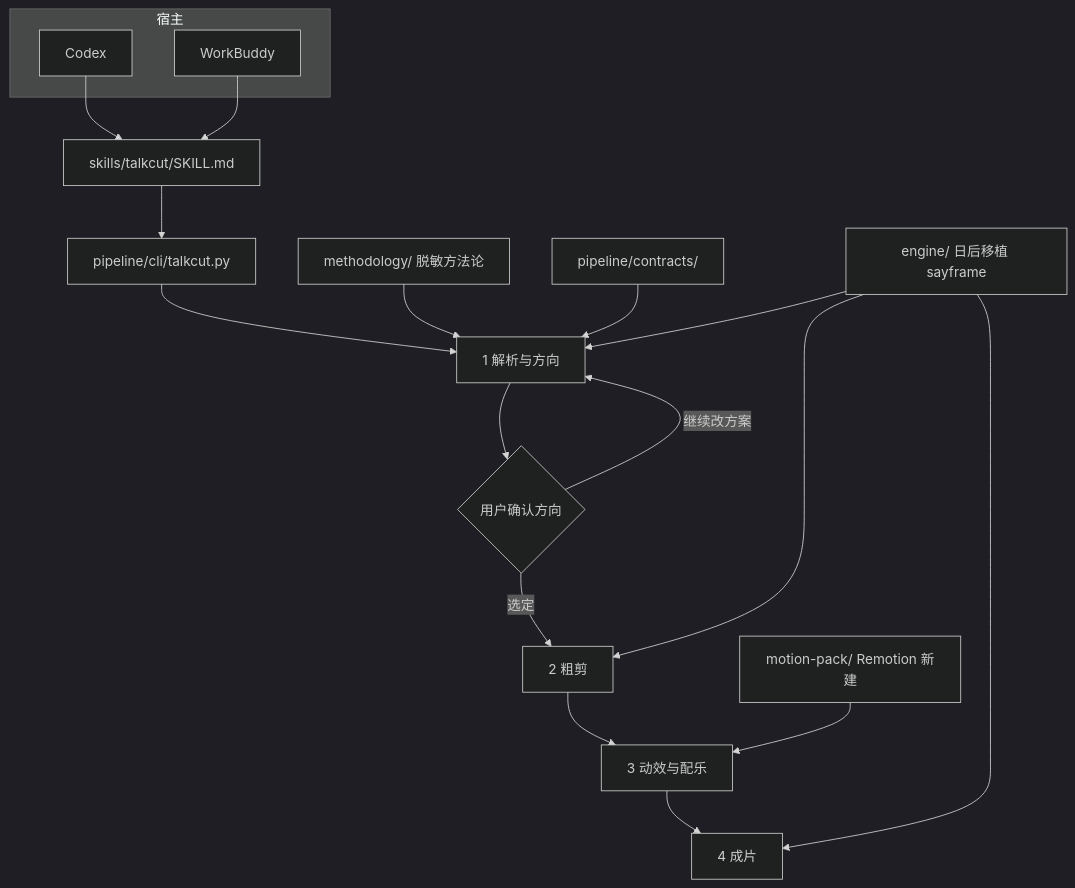
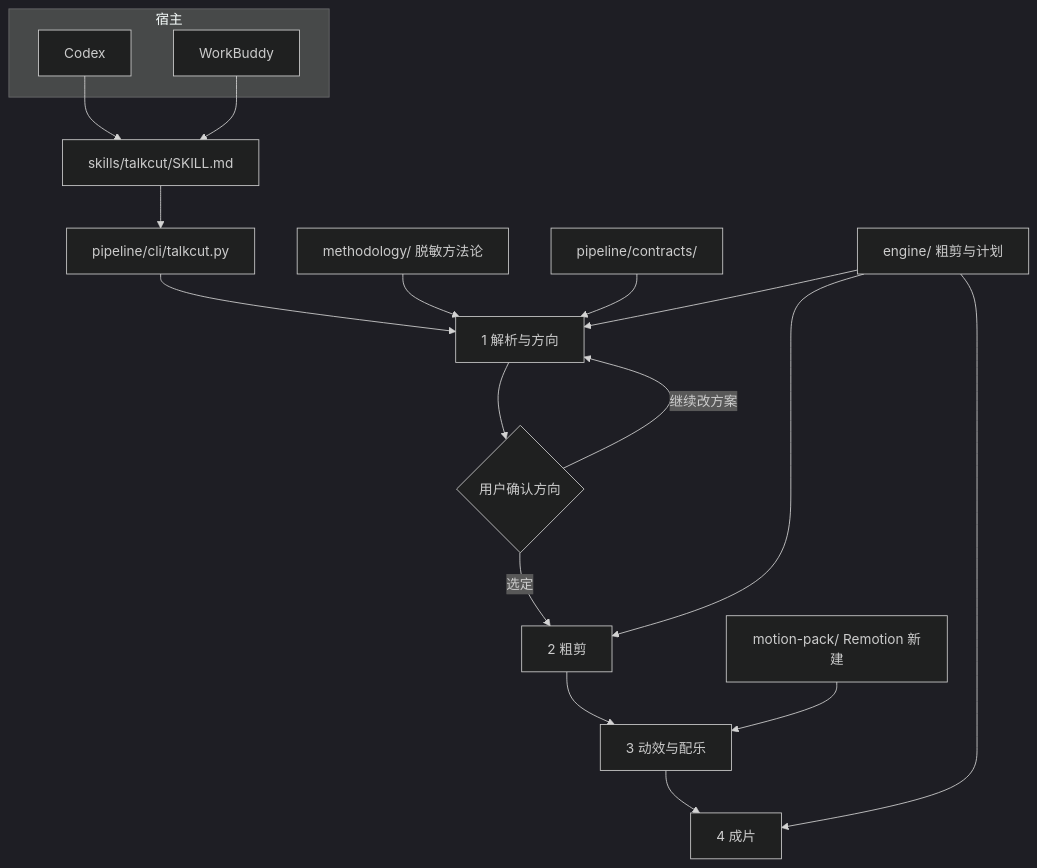
Before and after one commit to msaysay/talkcut: the diagram in docs/ARCHITECTURE.md, drawn with Mermaid (dark theme). The commit also changed other lines of this file and 16 other files, not shown here.

````diff
--- a/docs/ARCHITECTURE.md
+++ b/docs/ARCHITECTURE.md
@@ -7,27 +7,27 @@
 ```mermaid
 flowchart TD
   subgraph hosts [宿主]
     codex[Codex]
     workbuddy[WorkBuddy]
   end
   skill["skills/talkcut/SKILL.md"]
   codex --> skill
   workbuddy --> skill
   skill --> cli["pipeline/cli/talkcut.py"]
   method["methodology/ 脱敏方法论"]
   contracts["pipeline/contracts/"]
   cli --> s1["1 解析与方向"]
   method --> s1
   contracts --> s1
   s1 --> gate{"用户确认方向"}
   gate -->|继续改方案| s1
   gate -->|选定| s2["2 粗剪"]
   s2 --> s3["3 动效与配乐"]
   s3 --> s4["4 成片"]
-  engine["engine/ 日后移植 sayframe"]
+  engine["engine/ 粗剪与计划"]
   engine --> s1
   engine --> s2
   engine --> s4
   motion["motion-pack/ Remotion 新建"]
   motion --> s3
 ```
````
